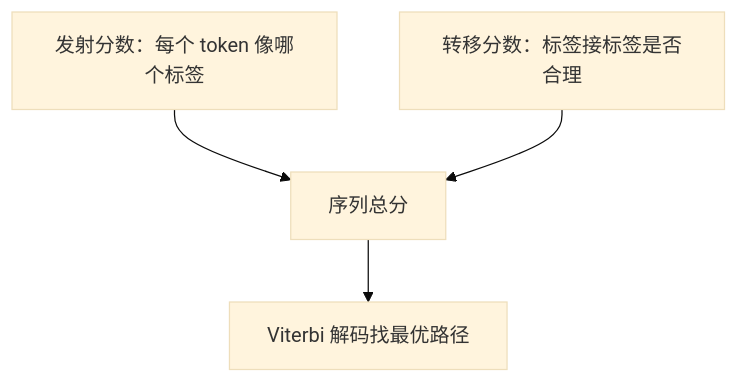
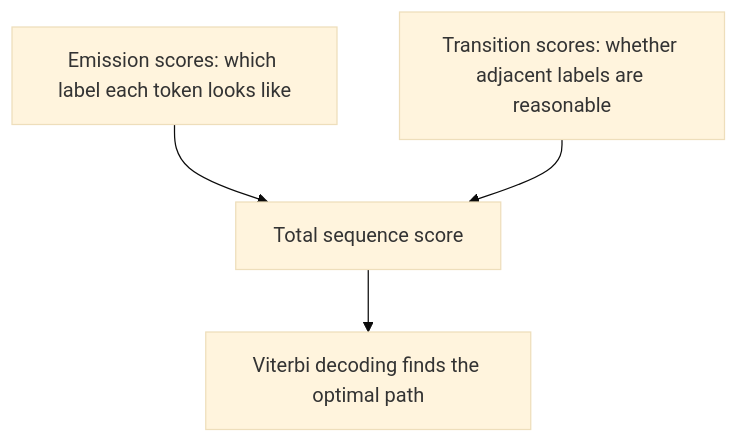
One commit to oudbiao/AI-fullstack-course changed the second of 2 diagrams in docs/ch11-nlp/ch04-sequence-labeling/02-bilstm-crf.md. Above: the diagram before and after it, drawn with Mermaid (base theme). The commit also changed other lines of this file and 1406 other files, not shown here.

````diff
--- a/docs/ch11-nlp/ch04-sequence-labeling/02-bilstm-crf.md
+++ b/docs/ch11-nlp/ch04-sequence-labeling/02-bilstm-crf.md
@@ -63,6 +63,6 @@
 ```mermaid
 flowchart TD
-  A[发射分数：每个 token 像哪个标签] --> C[序列总分]
-  B[转移分数：标签接标签是否合理] --> C
-  C --> D[Viterbi 解码找最优路径]
+  A[Emission scores: which label each token looks like] --> C[Total sequence score]
+  B[Transition scores: whether adjacent labels are reasonable] --> C
+  C --> D[Viterbi decoding finds the optimal path]
 ```
````
